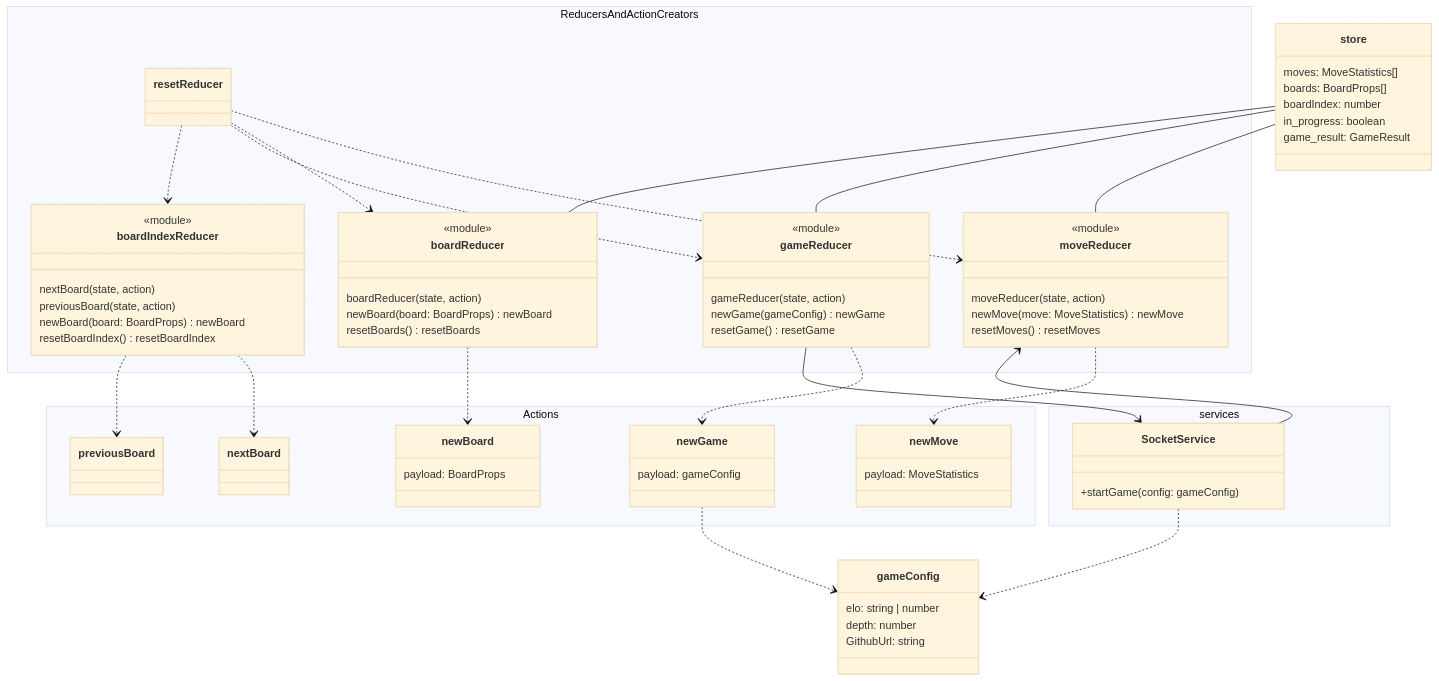
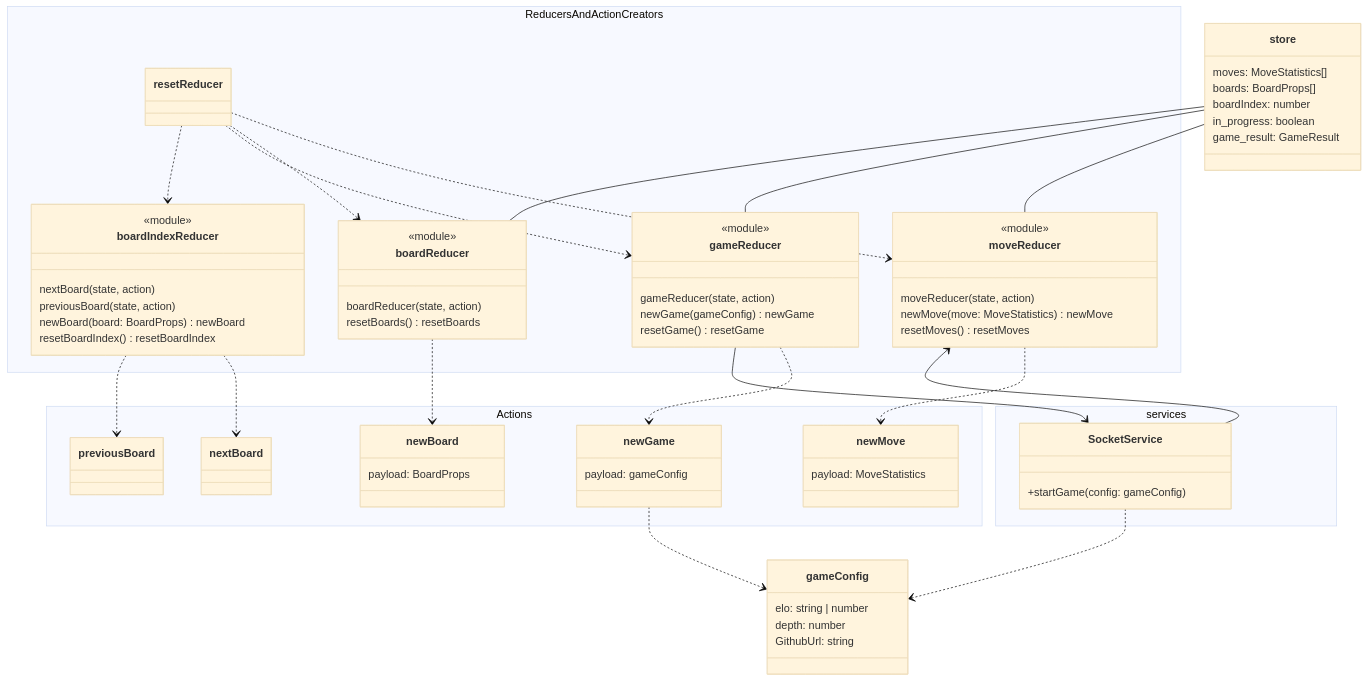
One commit to game-ai-platform-team/tira-ai-platform changed the fifth of 5 diagrams in docs/architecture.md. Above: the diagram before and after it, drawn with Mermaid (base theme).

Commit message:
docs(#115): Update boardReducer

```diff
--- a/docs/architecture.md
+++ b/docs/architecture.md
@@ -319,7 +319,6 @@
     class boardReducer {
         <<module>>
         boardReducer(state, action)
-        newBoard(board: BoardProps) newBoard
         resetBoards() resetBoards
     }
 
```
